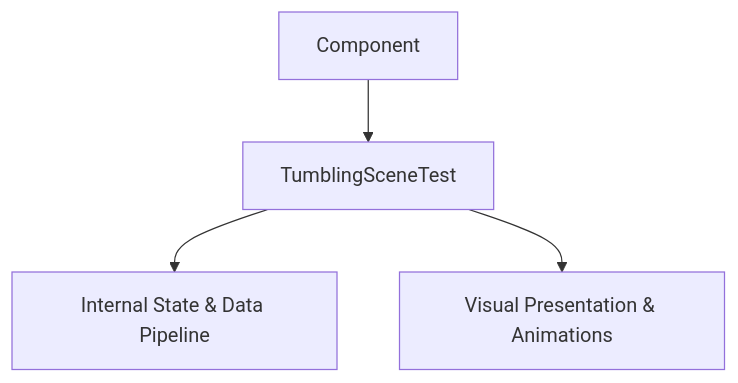
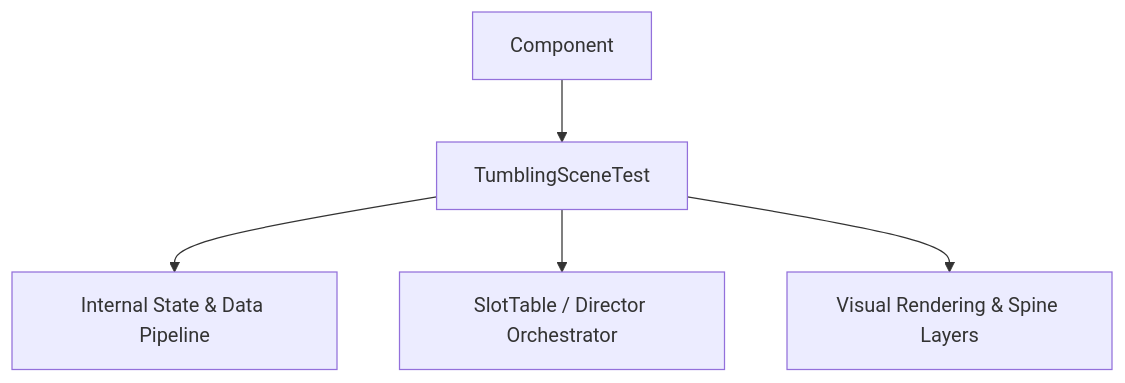
The diagram in docs/cc_slot_mechanics/modules/TumblingSceneTest/01_overview/01_architecture_and_role.md (lam-ark/mcp-fwcc), drawn with Mermaid before and after one commit. The commit also changed other lines of this file and 2509 other files, not shown here.

````diff
--- a/docs/cc_slot_mechanics/modules/TumblingSceneTest/01_overview/01_architecture_and_role.md
+++ b/docs/cc_slot_mechanics/modules/TumblingSceneTest/01_overview/01_architecture_and_role.md
@@ -18,6 +24,7 @@
 ```mermaid
 graph TD
-    Parent[Component] --> Mod[TumblingSceneTest]
-    Mod --> State[Internal State & Data Pipeline]
-    Mod --> Render[Visual Presentation & Animations]
+    SuperClass[Component] --> TargetClass[TumblingSceneTest]
+    TargetClass --> DataPipeline[Internal State & Data Pipeline]
+    TargetClass --> Orchestrator[SlotTable / Director Orchestrator]
+    TargetClass --> ViewLayer[Visual Rendering & Spine Layers]
 ```
````
